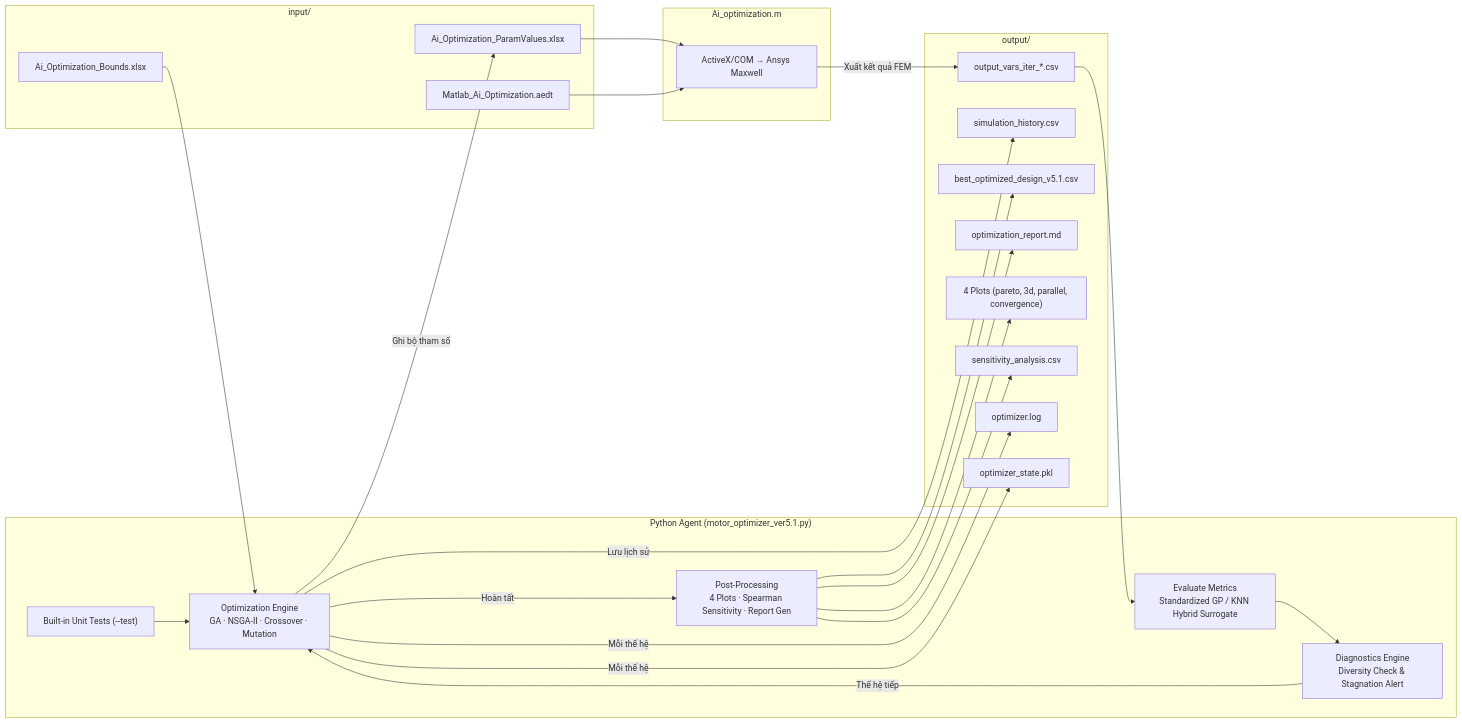
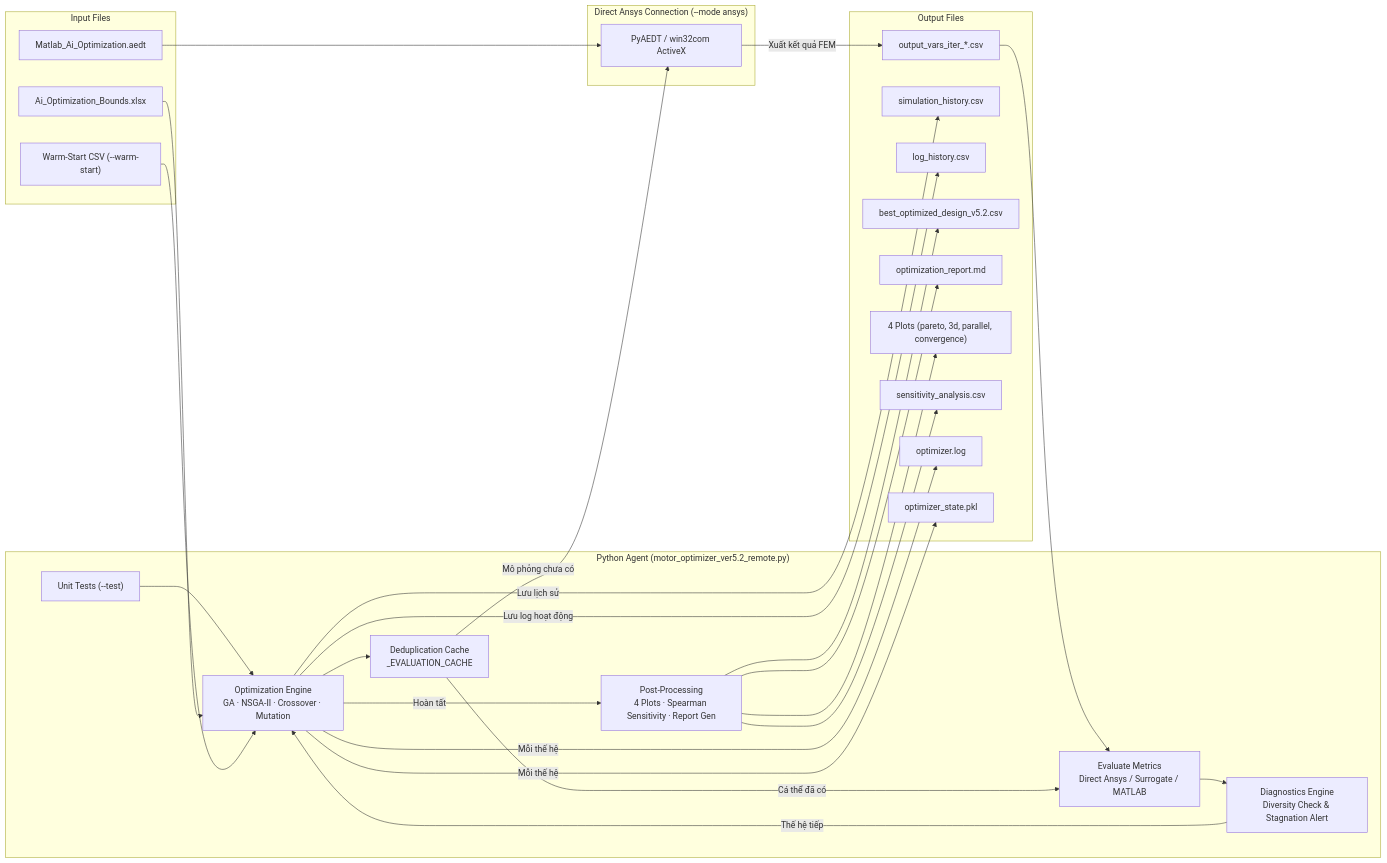
The diagram in AGENTS.md (Khoingo0154/Ai_Optimization_Of_Vshape_IPM_motor), drawn with Mermaid before and after one commit. The commit also changed other lines of this file and 47 other files, not shown here.

````diff
--- a/AGENTS.md
+++ b/AGENTS.md
@@ -257,49 +308,54 @@
 ```mermaid
 graph LR
-    subgraph Python["Python Agent (motor_optimizer_ver5.1.py)"]
-        TEST["Built-in Unit Tests (--test)"]
+    subgraph Python["Python Agent (motor_optimizer_ver5.2_remote.py)"]
+        TEST["Unit Tests (--test)"]
         GA["Optimization Engine<br/>GA · NSGA-II · Crossover · Mutation"]
-        EVAL["Evaluate Metrics<br/>Standardized GP / KNN Hybrid Surrogate"]
+        CACHE["Deduplication Cache<br/>_EVALUATION_CACHE"]
+        EVAL["Evaluate Metrics<br/>Direct Ansys / Surrogate / MATLAB"]
         DIAG["Diagnostics Engine<br/>Diversity Check & Stagnation Alert"]
         POST["Post-Processing<br/>4 Plots · Spearman Sensitivity · Report Gen"]
     end
 
-    subgraph Input["input/"]
+    subgraph Input["Input Files"]
         BOUNDS["Ai_Optimization_Bounds.xlsx"]
-        PARAMS["Ai_Optimization_ParamValues.xlsx"]
+        WARM["Warm-Start CSV (--warm-start)"]
         AEDT["Matlab_Ai_Optimization.aedt"]
     end
 
-    subgraph MATLAB["Ai_optimization.m"]
-        ACTIVEX["ActiveX/COM → Ansys Maxwell"]
+    subgraph DirectAnsys["Direct Ansys Connection (--mode ansys)"]
+        PYAEDT["PyAEDT / win32com ActiveX"]
     end
 
-    subgraph Output["output/"]
+    subgraph Output["Output Files"]
         CSV["output_vars_iter_*.csv"]
         HIST["simulation_history.csv"]
-        BEST["best_optimized_design_v5.1.csv"]
+        LOGHIST["log_history.csv"]
+        BEST["best_optimized_design_v5.2.csv"]
         REP["optimization_report.md"]
         PLOTS["4 Plots (pareto, 3d, parallel, convergence)"]
         SENS["sensitivity_analysis.csv"]
         LOG["optimizer.log"]
         STATE["optimizer_state.pkl"]
     end
 
     TEST --> GA
     BOUNDS --> GA
-    GA -->|"Ghi bộ tham số"| PARAMS
-    PARAMS --> ACTIVEX
-    AEDT --> ACTIVEX
-    ACTIVEX -->|"Xuất kết quả FEM"| CSV
+    WARM --> GA
+    GA --> CACHE
+    CACHE -->|"Mô phỏng chưa có"| PYAEDT
+    AEDT --> PYAEDT
+    PYAEDT -->|"Xuất kết quả FEM"| CSV
     CSV --> EVAL
+    CACHE -->|"Cá thể đã có"| EVAL
     EVAL --> DIAG
     DIAG -->|"Thế hệ tiếp"| GA
     GA -->|"Lưu lịch sử"| HIST
+    GA -->|"Lưu log hoạt động"| LOGHIST
     GA -->|"Hoàn tất"| POST
     POST --> BEST
     POST --> REP
     POST --> PLOTS
     POST --> SENS
     GA -->|"Mỗi thế hệ"| LOG
     GA -->|"Mỗi thế hệ"| STATE
 ```
````
